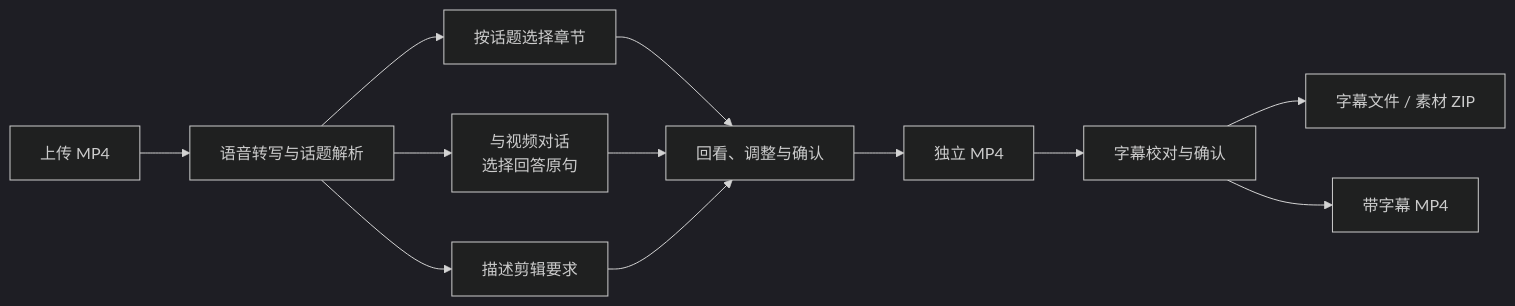
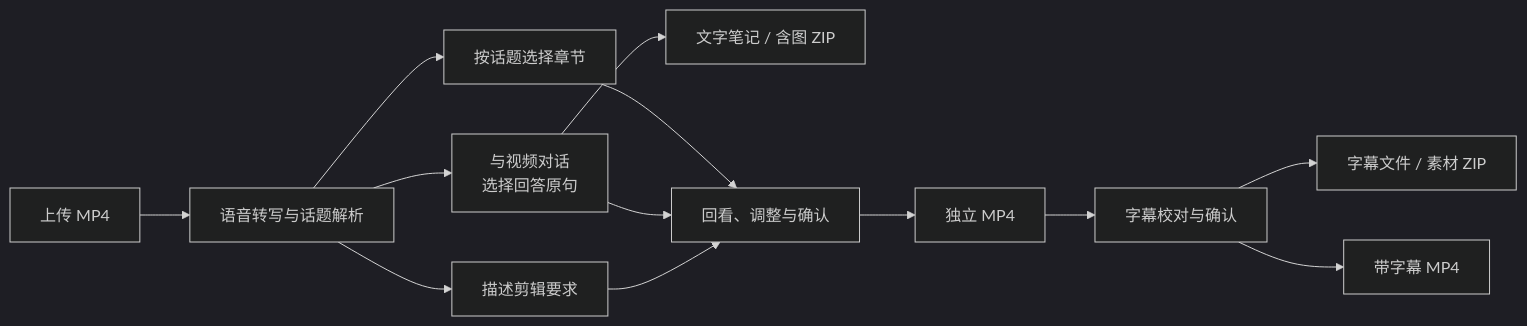
Before and after one commit to Lshiii/LiveCut-AI: the first of 2 diagrams in README.md, drawn with Mermaid (dark theme). The commit also changed other lines of this file and 23 other files, not shown here.

````diff
--- a/README.md
+++ b/README.md
@@ -22,14 +24,15 @@
 ```mermaid
 flowchart LR
     A[上传 MP4] --> B[语音转写与话题解析]
     B --> C[按话题选择章节]
     B --> D["与视频对话<br/>选择回答原句"]
+    D --> N[文字笔记 / 含图 ZIP]
     B --> E[描述剪辑要求]
     C --> F[回看、调整与确认]
     D --> F
     E --> F
     F --> G[独立 MP4]
     G --> H[字幕校对与确认]
     H --> I[字幕文件 / 素材 ZIP]
     H --> J[带字幕 MP4]
 ```
````
